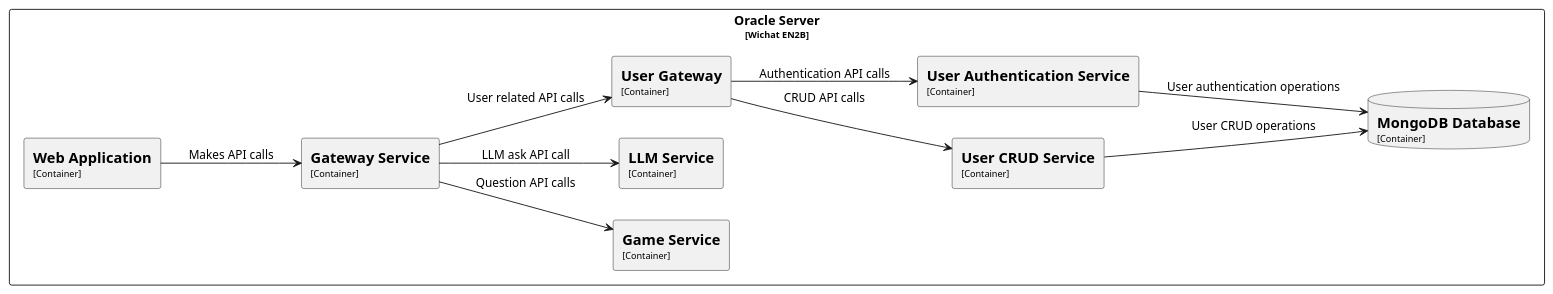
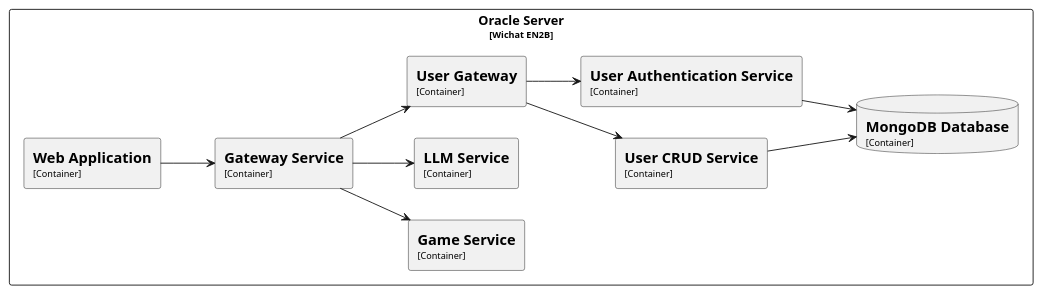
The second of 2 diagrams in docs/src/07_deployment_view.adoc (Arquisoft/wichat_en2b), drawn with PlantUML before and after one commit.

Commit message:
Removed some unnecesary things

```diff
--- a/docs/src/07_deployment_view.adoc
+++ b/docs/src/07_deployment_view.adoc
@@ -101,24 +101,24 @@
 [plantuml,"UML diagram 2",png]
 ----
 left to right direction
 
 rectangle "Oracle Server\n<size:10>[Wichat EN2B]</size>"  {
   rectangle "==Game Service\n<size:10>[Container]</size>" as GameService
   database "==MongoDB Database\n<size:10>[Container]</size>" as MongoDBDatabase
   rectangle "==Web Application\n<size:10>[Container]</size>"  as WebApplication
   rectangle "==Gateway Service\n<size:10>[Container]</size>"  as GatewayService
   rectangle "==LLM Service\n<size:10>[Container]</size>"  as LLMService
   rectangle "==User Gateway\n<size:10>[Container]</size>"  as UserGateway
   rectangle "==User CRUD Service\n<size:10>[Container]</size>" as UserCRUDService
   rectangle "==User Authentication Service\n<size:10>[Container]</size>" as UserAuthenticationService
 }
 
-WebApplication --> GatewayService : "Makes API calls"
-GatewayService --> LLMService : "LLM ask API call"
-GatewayService --> UserGateway : "User related API calls"
-GatewayService --> GameService : "Question API calls"
-UserGateway --> UserCRUDService : "CRUD API calls"
-UserGateway --> UserAuthenticationService : "Authentication API calls"
-UserCRUDService --> MongoDBDatabase : "User CRUD operations"
-UserAuthenticationService --> MongoDBDatabase : "User authentication operations"
+WebApplication --> GatewayService 
+GatewayService --> LLMService
+GatewayService --> UserGateway 
+GatewayService --> GameService 
+UserGateway --> UserCRUDService 
+UserGateway --> UserAuthenticationService
+UserCRUDService --> MongoDBDatabase 
+UserAuthenticationService --> MongoDBDatabase 
 ----
```
